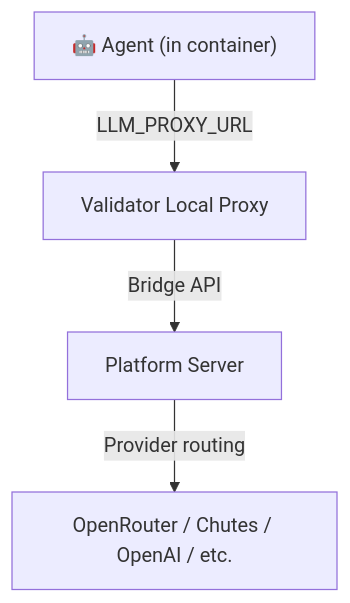
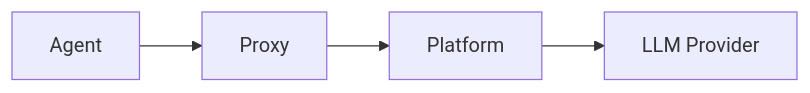
One commit to echobt/vgrep changed the sixth of 7 diagrams in AGENTS.md. Above: the diagram before and after it, drawn with Mermaid. The commit also changed other lines of this file and 1 other file, not shown here.

Commit message:
docs: simplify Mermaid diagrams for better GitHub rendering

````diff
--- a/AGENTS.md
+++ b/AGENTS.md
@@ -398,11 +356,4 @@
 ```mermaid
-flowchart TB
-    Agent["🤖 Agent (in container)"]
-    Proxy["Validator Local Proxy"]
-    Platform["Platform Server"]
-    Providers["OpenRouter / Chutes / OpenAI / etc."]
-    
-    Agent -->|"LLM_PROXY_URL"| Proxy
-    Proxy -->|"Bridge API"| Platform
-    Platform -->|"Provider routing"| Providers
+flowchart LR
+    Agent["Agent"] --> Proxy["Proxy"] --> Platform["Platform"] --> LLM["LLM Provider"]
 ```
````
